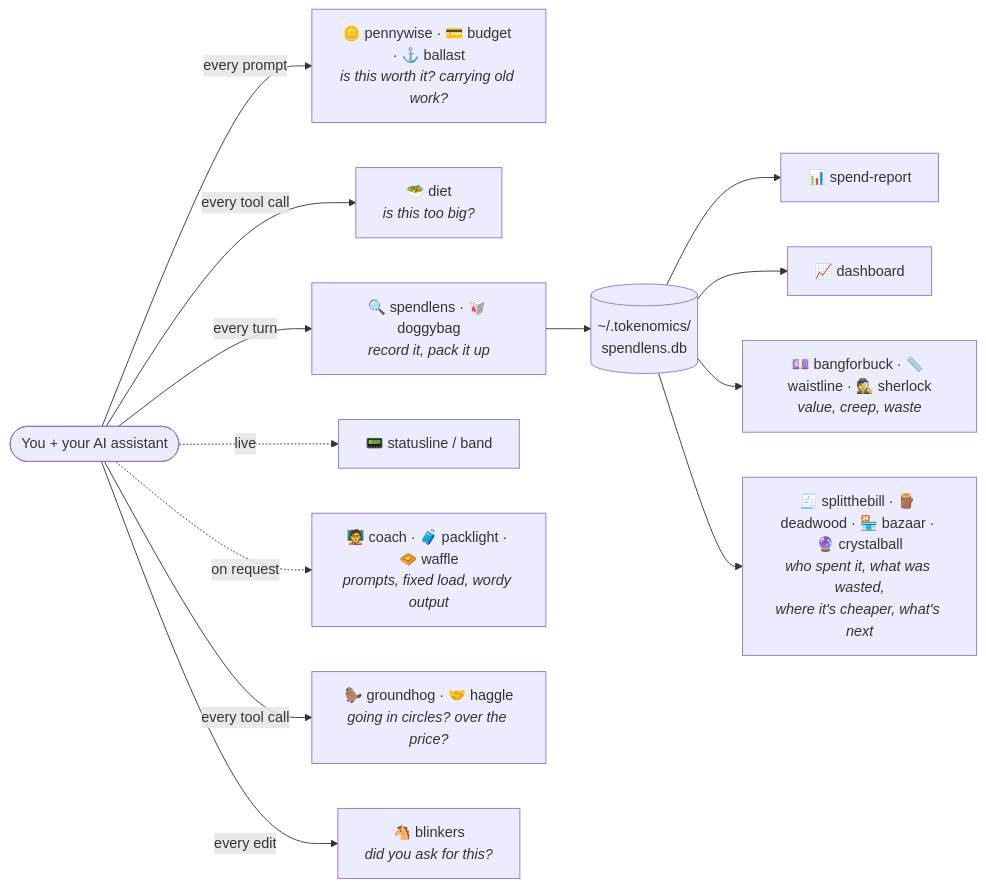
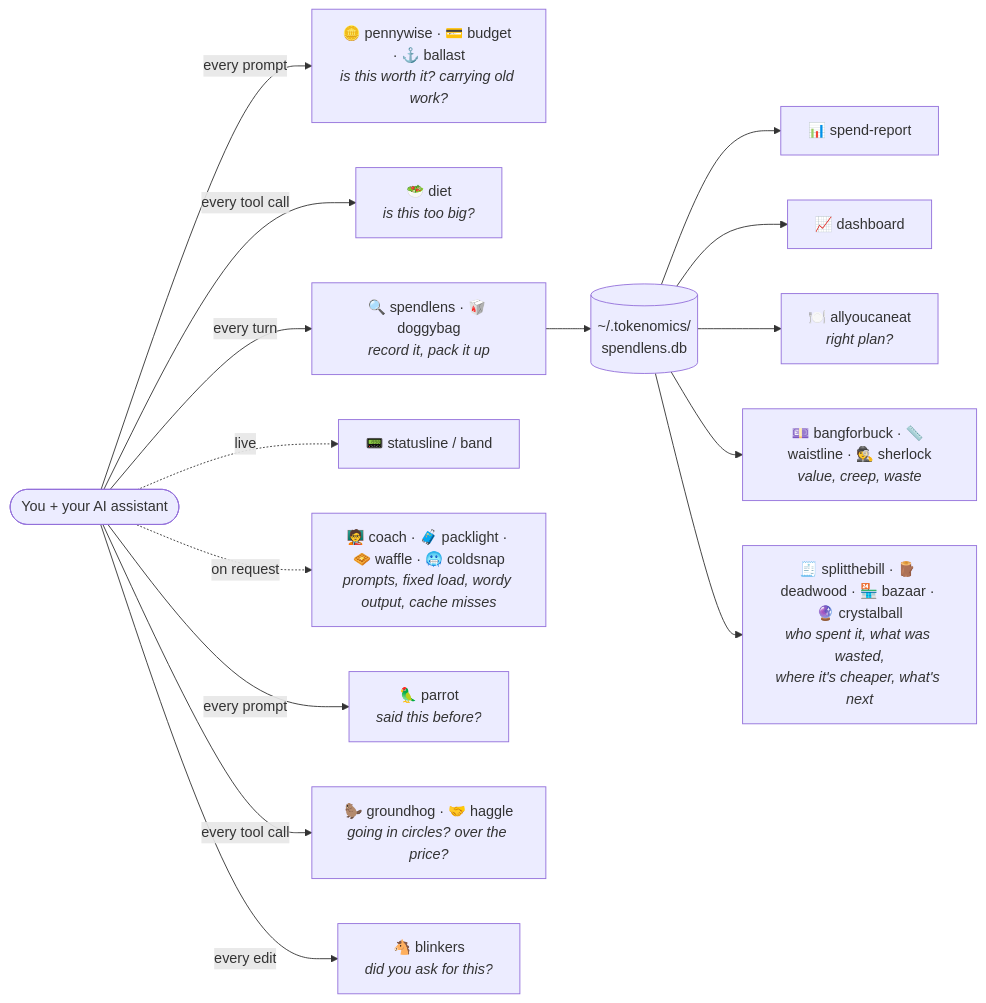
One commit to andrew44/tokenomics changed the diagram in README.md. Above: the diagram before and after it, drawn with Mermaid. The commit also changed other lines of this file and 22 other files, not shown here.

First line of the commit message:
Add coldsnap, parrot and allyoucaneat: cache misses, repeated instructions and plan fit

````diff
--- a/README.md
+++ b/README.md
@@ -319,15 +350,17 @@
 ```mermaid
 flowchart LR
     You(["You + your AI assistant"]) -->|every prompt| G["🪙 pennywise · 💳 budget · ⚓ ballast<br/><i>is this worth it? carrying old work?</i>"]
     You -->|every tool call| D["🥗 diet<br/><i>is this too big?</i>"]
     You -->|every turn| S["🔍 spendlens · 🥡 doggybag<br/><i>record it, pack it up</i>"]
     S --> DB[("~/.tokenomics/<br/>spendlens.db")]
     DB --> R["📊 spend-report"]
     DB --> W["📈 dashboard"]
     You -.->|live| B["📟 statusline / band"]
-    You -.->|on request| C["🧑‍🏫 coach · 🧳 packlight · 🧇 waffle<br/><i>prompts, fixed load, wordy output</i>"]
+    You -.->|on request| C["🧑‍🏫 coach · 🧳 packlight · 🧇 waffle · 🥶 coldsnap<br/><i>prompts, fixed load, wordy output, cache misses</i>"]
+    You -->|every prompt| P["🦜 parrot<br/><i>said this before?</i>"]
+    DB --> A["🍽️ allyoucaneat<br/><i>right plan?</i>"]
     You -->|every tool call| L["🦫 groundhog · 🤝 haggle<br/><i>going in circles? over the price?</i>"]
     DB --> V["💷 bangforbuck · 📏 waistline · 🕵️ sherlock<br/><i>value, creep, waste</i>"]
     You -->|every edit| BL["🐴 blinkers<br/><i>did you ask for this?</i>"]
     DB --> X["🧾 splitthebill · 🪵 deadwood · 🏪 bazaar · 🔮 crystalball<br/><i>who spent it, what was wasted,<br/>where it's cheaper, what's next</i>"]
 ```
````
